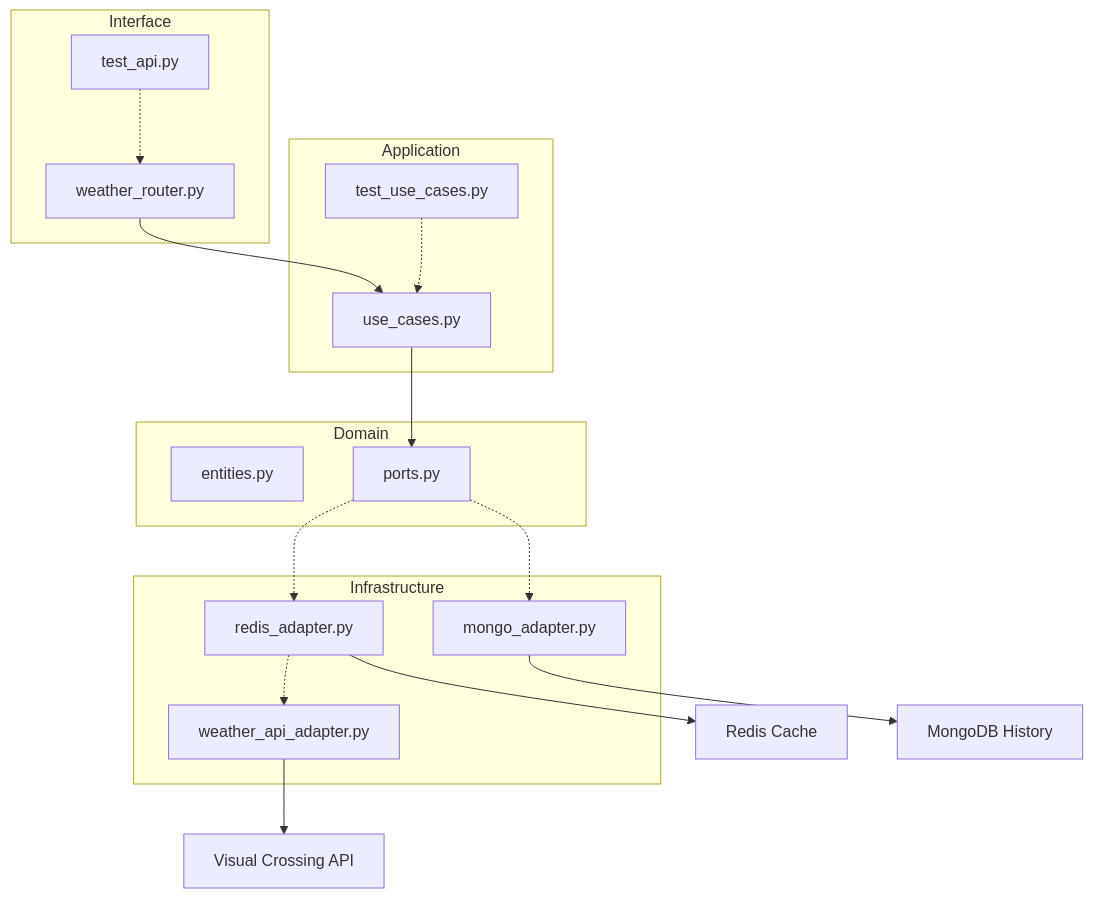
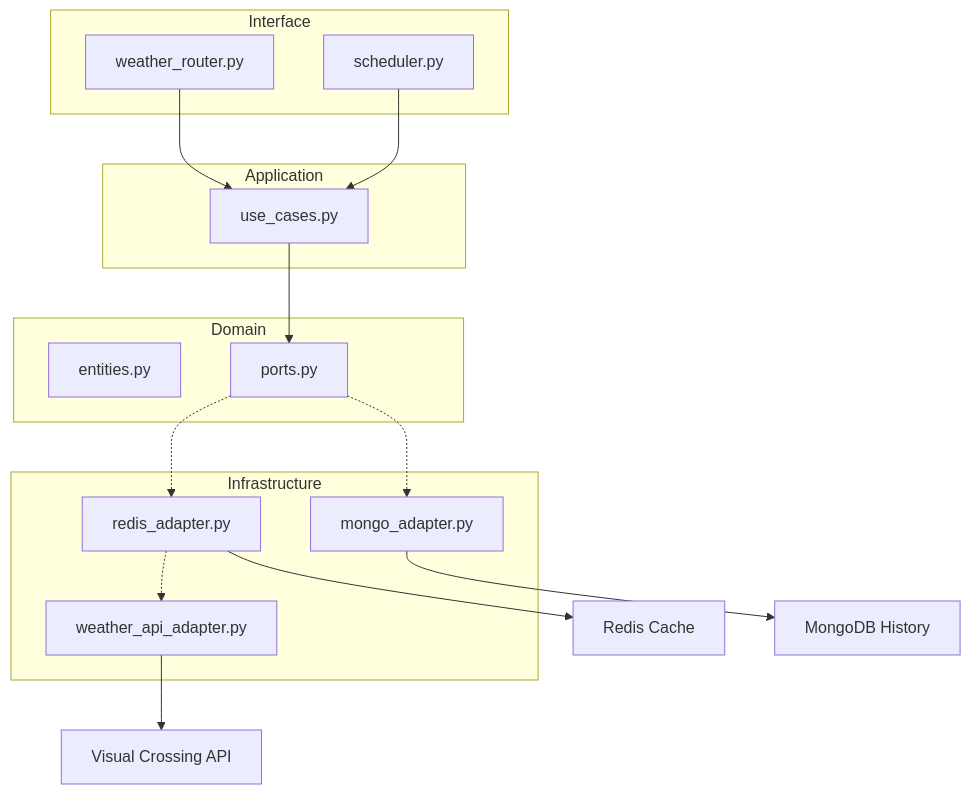
One commit to Matheus904-12/WeatherAPI changed the diagram in README.md. Above: the diagram before and after it, drawn with Mermaid. The commit also changed other lines of this file, not shown here.

````diff
--- a/README.md
+++ b/README.md
@@ -19,31 +18,29 @@
 ```mermaid
 graph TD
     subgraph Interface
         R[weather_router.py]
-        T[test_api.py]
+        S[scheduler.py]
     end
     subgraph Application
         UC[use_cases.py]
-        TU[test_use_cases.py]
     end
     subgraph Domain
         E[entities.py]
         P[ports.py]
     end
     subgraph Infrastructure
         RA[redis_adapter.py]
         MA[mongo_adapter.py]
         A[weather_api_adapter.py]
     end
 
     R --> UC
+    S --> UC
     UC --> P
-    T -.-> R
-    TU -.-> UC
     P -.-> RA
     P -.-> MA
     RA -.-> A
     A --> VC[Visual Crossing API]
     RA --> RD[Redis Cache]
     MA --> MG[MongoDB History]
 ```
````
